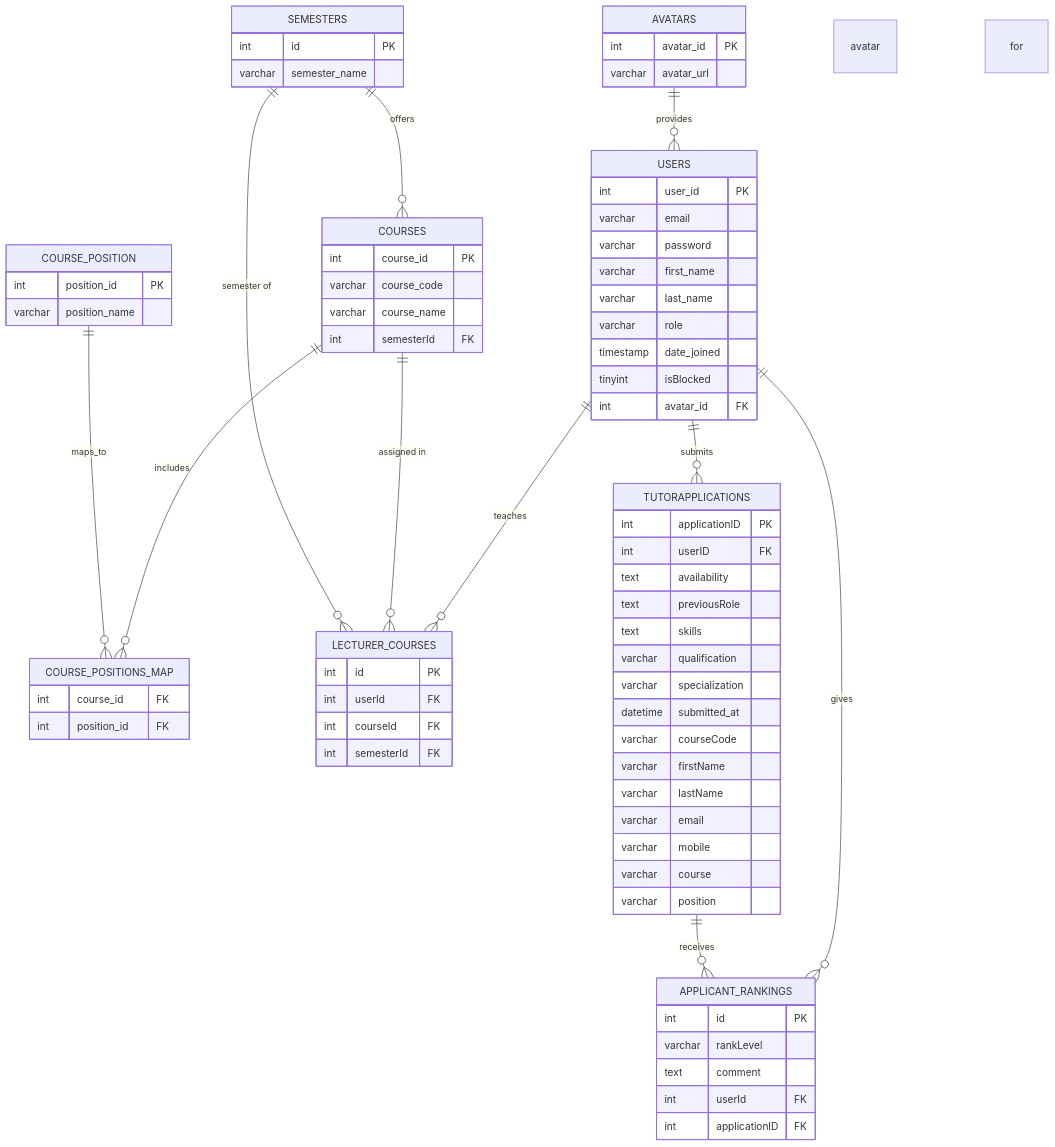
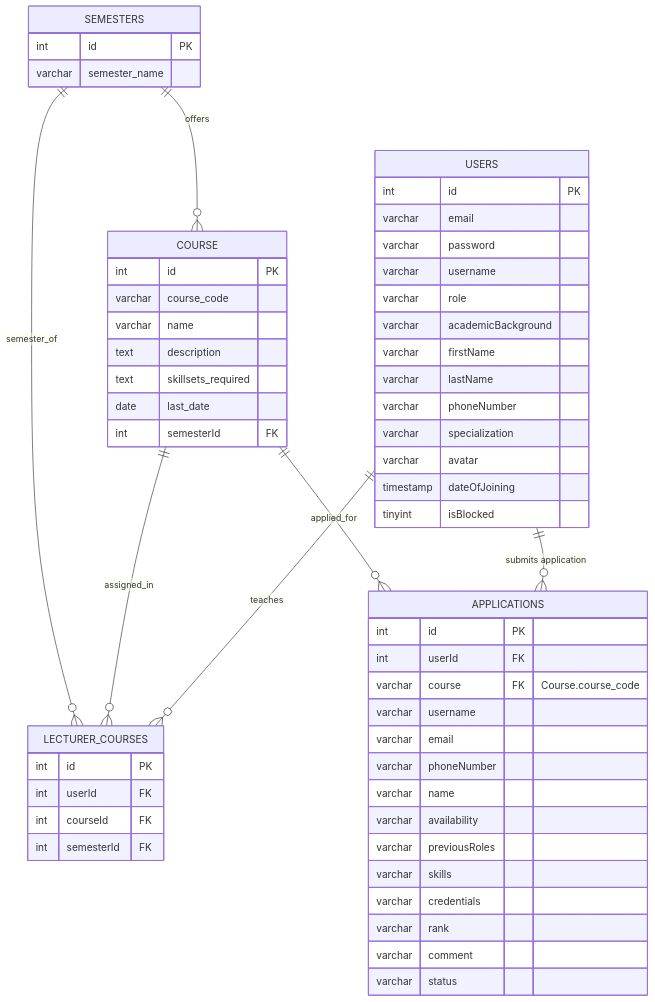
One commit to Krithik211/Teaching_Team---WebApplication changed the diagram in ErDiagram.md. Above: the diagram before and after it, drawn with Mermaid.

````diff
--- a/ErDiagram.md
+++ b/ErDiagram.md
@@ -1,78 +1,63 @@
 ```mermaid
 erDiagram
-    AVATARS {
-        int     avatar_id PK
-        varchar avatar_url
-    }
     USERS {
-        int     user_id PK
+        int     id PK
         varchar email
         varchar password
-        varchar first_name
-        varchar last_name
+        varchar username
         varchar role
-        timestamp date_joined
+        varchar academicBackground
+        varchar firstName
+        varchar lastName
+        varchar phoneNumber
+        varchar specialization
+        varchar avatar
+        timestamp dateOfJoining
         tinyint isBlocked
-        int     avatar_id FK
     }
     SEMESTERS {
         int     id PK
         varchar semester_name
     }
-    COURSES {
-        int     course_id PK
+    COURSE {
+        int     id PK
         varchar course_code
-        varchar course_name
+        varchar name
+        text    description
+        text    skillsets_required
+        date    last_date
         int     semesterId FK
-    }
-    COURSE_POSITION {
-        int     position_id PK
-        varchar position_name
-    }
-    COURSE_POSITIONS_MAP {
-        int course_id    FK
-        int position_id  FK
     }
     LECTURER_COURSES {
         int id PK
         int userId     FK
         int courseId   FK
         int semesterId FK
     }
-    TUTORAPPLICATIONS {
-        int    applicationID PK
-        int    userID        FK
-        text   availability
-        text   previousRole
-        text   skills
-        varchar qualification
-        varchar specialization
-        datetime submitted_at
-        varchar courseCode
-        varchar firstName
-        varchar lastName
+    APPLICATIONS {
+        int     id PK
+        int     userId               FK
+        varchar course              FK "Course.course_code"
+        varchar username
         varchar email
-        varchar mobile
-        varchar course
-        varchar position
-    }
-    APPLICANT_RANKINGS {
-        int    id PK
-        varchar rankLevel
-        text   comment
-        int    userId        FK
-        int    applicationID FK
+        varchar phoneNumber
+        varchar name
+        varchar availability
+        varchar previousRoles
+        varchar skills
+        varchar credentials
+        varchar rank
+        varchar comment
+        varchar status
     }
 
     %% relationships
-    AVATARS              ||--o{ USERS                 : provides avatar for
-    USERS                ||--o{ LECTURER_COURSES      : "teaches"
-    COURSES              ||--o{ LECTURER_COURSES      : "assigned in"
-    SEMESTERS            ||--o{ LECTURER_COURSES      : "semester of"
-    SEMESTERS            ||--o{ COURSES               : offers
-    USERS                ||--o{ TUTORAPPLICATIONS     : submits
-    USERS                ||--o{ APPLICANT_RANKINGS    : gives
-    TUTORAPPLICATIONS    ||--o{ APPLICANT_RANKINGS    : receives
-    COURSES              ||--o{ COURSE_POSITIONS_MAP  : includes
-    COURSE_POSITION      ||--o{ COURSE_POSITIONS_MAP  : maps_to
+    USERS                ||--o{ LECTURER_COURSES  : teaches
+    COURSE               ||--o{ LECTURER_COURSES  : assigned_in
+    SEMESTERS            ||--o{ LECTURER_COURSES  : semester_of
+
+    SEMESTERS            ||--o{ COURSE             : offers
+
+    USERS                ||--o{ APPLICATIONS       : "submits application"
+    COURSE               ||--o{ APPLICATIONS       : "applied_for"
 ```
````
